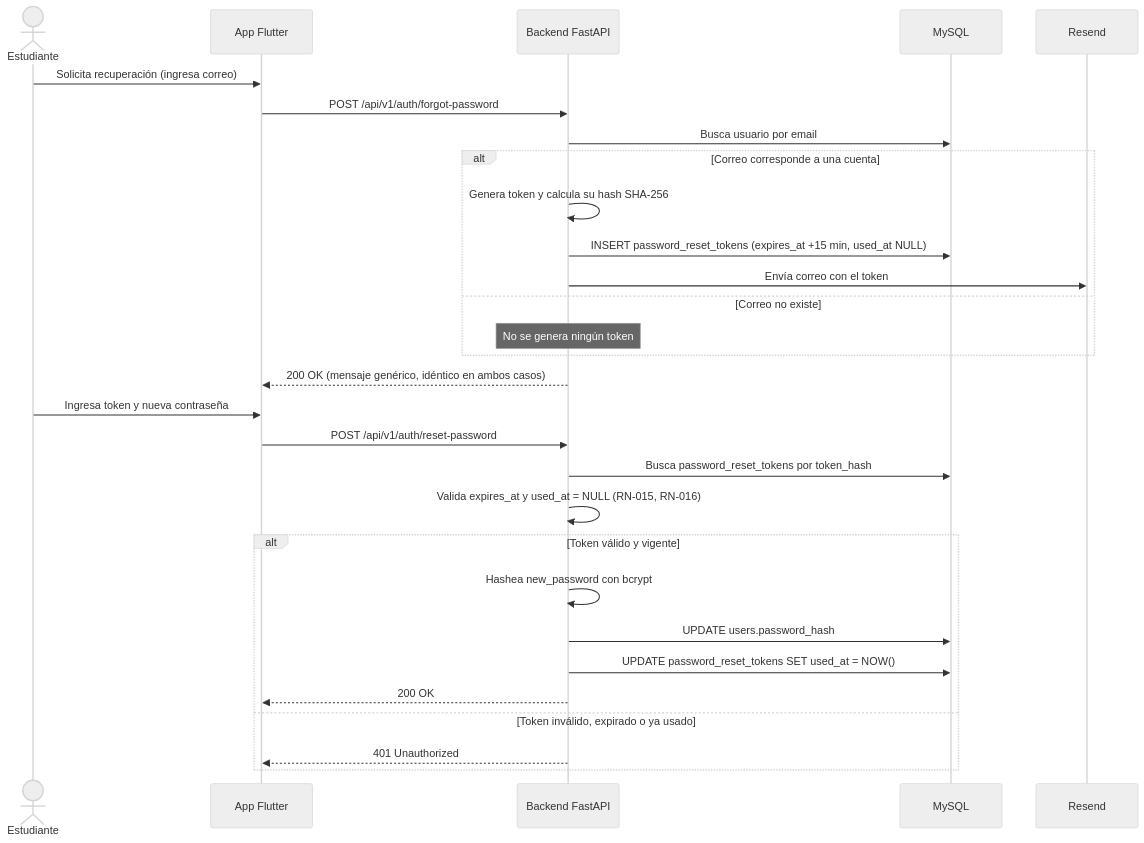
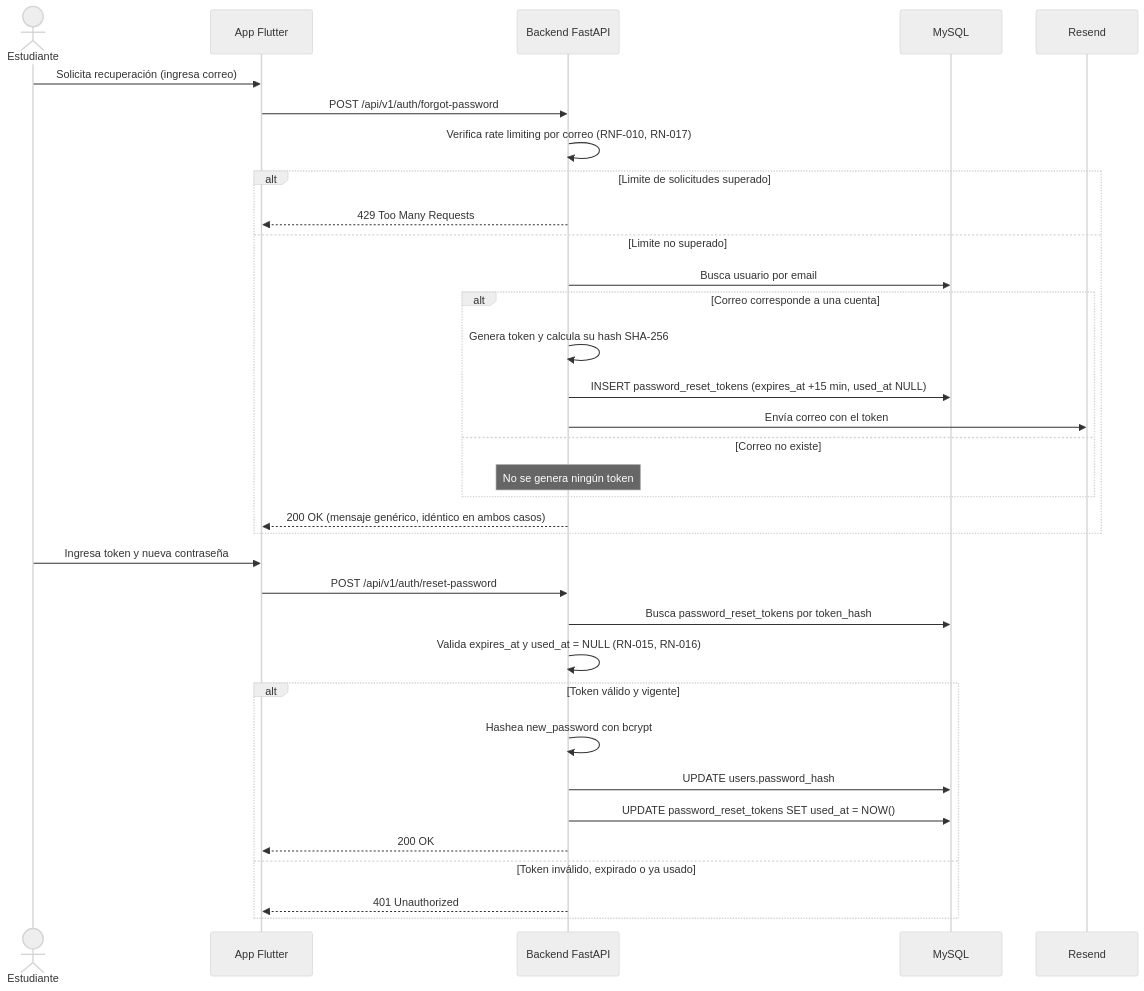
The fifth of 5 diagrams in docs/03-Diseno/09_Diagramas.md (KitsuJKM/Stunex), drawn with Mermaid (neutral theme) before and after one commit. The commit also changed other lines of this file, not shown here.

First line of the commit message:
docs: agregar rate limiting a los diagramas de secuencia en 09_Diagramas

````diff
--- a/docs/03-Diseno/09_Diagramas.md
+++ b/docs/03-Diseno/09_Diagramas.md
@@ -142,33 +147,38 @@
 ```mermaid
 sequenceDiagram
     actor U as Estudiante
     participant App as App Flutter
     participant API as Backend FastAPI
     participant DB as MySQL
     participant R as Resend
 
     U->>App: Solicita recuperación (ingresa correo)
     App->>API: POST /api/v1/auth/forgot-password
-    API->>DB: Busca usuario por email
-    alt Correo corresponde a una cuenta
-        API->>API: Genera token y calcula su hash SHA-256
-        API->>DB: INSERT password_reset_tokens (expires_at +15 min, used_at NULL)
-        API->>R: Envía correo con el token
-    else Correo no existe
-        Note over API: No se genera ningún token
+    API->>API: Verifica rate limiting por correo (RNF-010, RN-017)
+    alt Limite de solicitudes superado
+        API-->>App: 429 Too Many Requests
+    else Limite no superado
+        API->>DB: Busca usuario por email
+        alt Correo corresponde a una cuenta
+            API->>API: Genera token y calcula su hash SHA-256
+            API->>DB: INSERT password_reset_tokens (expires_at +15 min, used_at NULL)
+            API->>R: Envía correo con el token
+        else Correo no existe
+            Note over API: No se genera ningún token
+        end
+        API-->>App: 200 OK (mensaje genérico, idéntico en ambos casos)
     end
-    API-->>App: 200 OK (mensaje genérico, idéntico en ambos casos)
 
     U->>App: Ingresa token y nueva contraseña
     App->>API: POST /api/v1/auth/reset-password
     API->>DB: Busca password_reset_tokens por token_hash
     API->>API: Valida expires_at y used_at = NULL (RN-015, RN-016)
     alt Token válido y vigente
         API->>API: Hashea new_password con bcrypt
         API->>DB: UPDATE users.password_hash
         API->>DB: UPDATE password_reset_tokens SET used_at = NOW()
         API-->>App: 200 OK
     else Token inválido, expirado o ya usado
         API-->>App: 401 Unauthorized
     end
 ```
````
